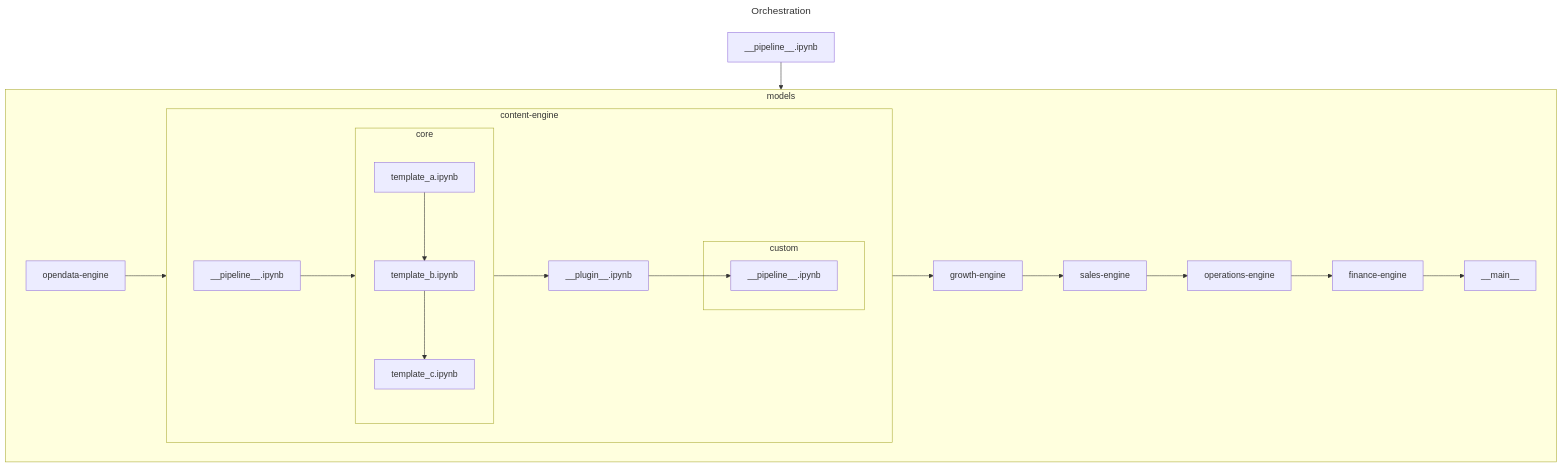
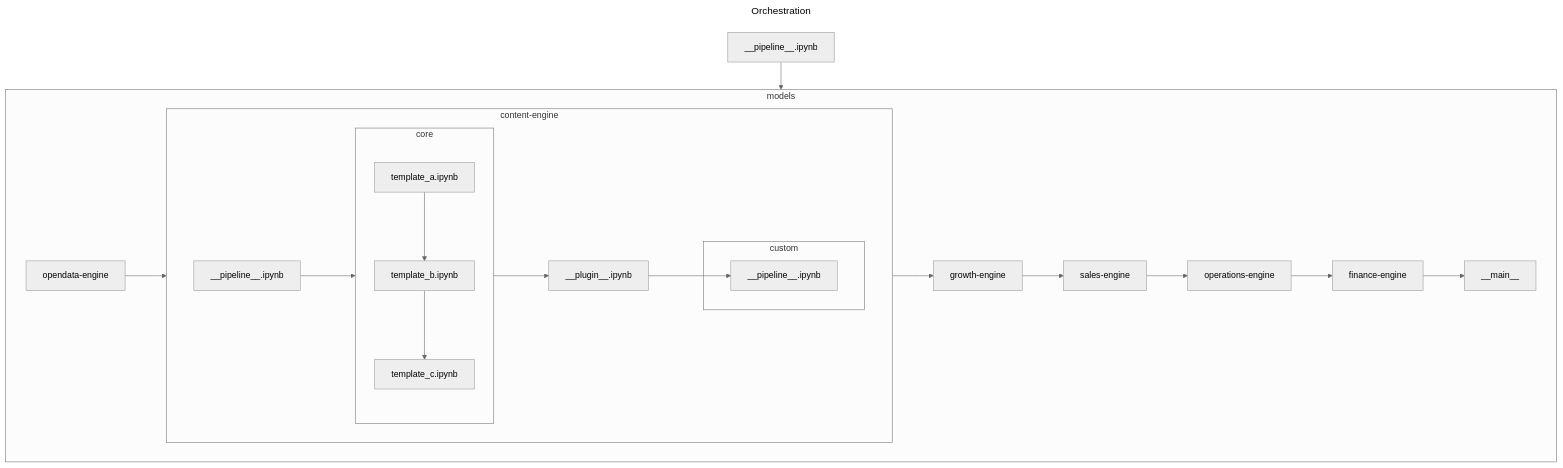
Before and after one commit to jupyter-naas/abi: the second of 2 diagrams in README.md, drawn with Mermaid. The commit also changed other lines of this file, not shown here.

Commit message:
Update README.md
%%{init: {'theme': 'neutral', 'themeVariables': { 'background': '#ffffff' }}}%%

````diff
--- a/README.md
+++ b/README.md
@@ -229,38 +229,38 @@
 ```mermaid
 ---
 title: Orchestration
 ---
+%%{init: {'theme': 'neutral', 'themeVariables': { 'background': '#ffffff' }}}%%
 graph TB
-
 pipeline_main["__pipeline__.ipynb"]
 main["__main__"]
 
 subgraph engine["models"]
 	direction LR
 	opendata["opendata-engine"]
 	subgraph content["content-engine"]
 		direction LR
 		pipeline_content["__pipeline__.ipynb"]
 		plugin_content["__plugin__.ipynb"]
 		subgraph core
 			template_a["template_a.ipynb"]
 			template_b["template_b.ipynb"]
 			template_c["template_c.ipynb"]
 			template_a-->template_b
 			template_b-->template_c
 		end
 		subgraph custom
 			pipeline_custom["__pipeline__.ipynb"]
 		end
 	end
 	growth["growth-engine"]
 	sales["sales-engine"]
 	ops["operations-engine"]
 	finance["finance-engine"]
 	main
 end
 
 pipeline_main-->engine
 pipeline_content-->core-->plugin_content-->pipeline_custom
 opendata-->content-->growth-->sales-->ops-->finance-->main
 ```
````
